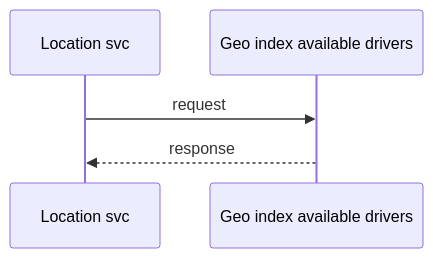
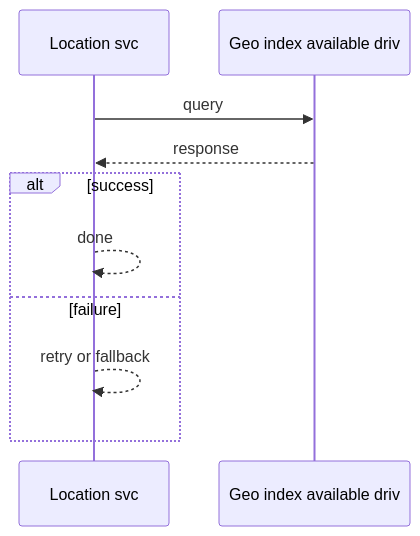
Before and after one commit to RIT-MESH/system-design-mastery: the second of 3 diagrams in case-studies/advanced/ride-hailing.md, drawn with Mermaid. The commit also changed other lines of this file and 215 other files, not shown here.

First line of the commit message:
Complete all remaining work: expand case studies, add 13 AI case studies, fix diagrams, status to Complete

````diff
--- a/case-studies/advanced/ride-hailing.md
+++ b/case-studies/advanced/ride-hailing.md
@@ -126,8 +153,13 @@
 ```mermaid
 %% created-for: system-design-mastery
 sequenceDiagram
   participant P0 as Location svc
-  participant P1 as Geo index available drivers
-  P0 ->> P1: request
+  participant P1 as Geo index available driv
+  P0 ->> P1: query
   P1 -->> P0: response
+  alt success
+    P0 -->> P0: done
+  else failure
+    P0 -->> P0: retry or fallback
+  end
 ```
````
